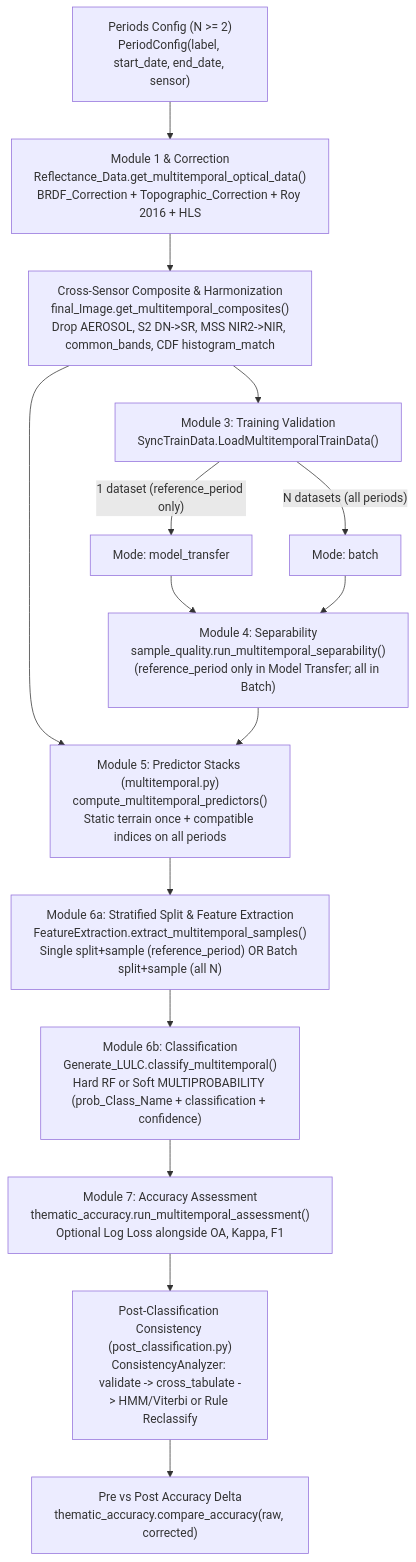
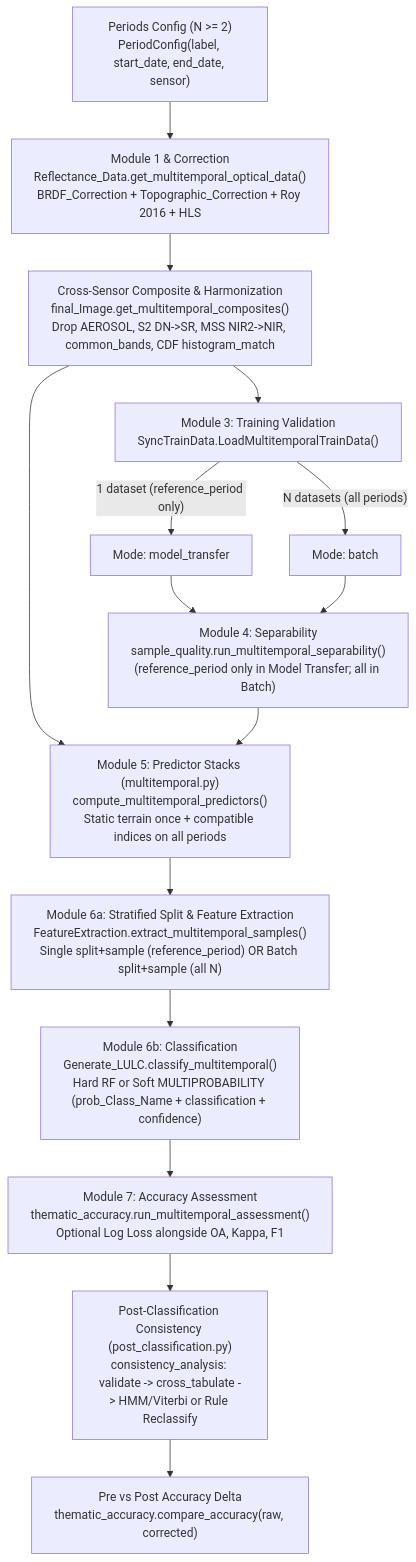
The diagram in docs/MULTITEMPORAL_WORKFLOW.md (epistem-io/luma-stack), drawn with Mermaid before and after one commit. The commit also changed other lines of this file and 1 other file, not shown here.

````diff
--- a/docs/MULTITEMPORAL_WORKFLOW.md
+++ b/docs/MULTITEMPORAL_WORKFLOW.md
@@ -9,21 +9,21 @@
 ```mermaid
 flowchart TD
     A["Periods Config (N >= 2)<br/>PeriodConfig(label, start_date, end_date, sensor)"] --> B["Module 1 & Correction<br/>Reflectance_Data.get_multitemporal_optical_data()<br/>BRDF_Correction + Topographic_Correction + Roy 2016 + HLS"]
     B --> C["Cross-Sensor Composite & Harmonization<br/>final_Image.get_multitemporal_composites()<br/>Drop AEROSOL, S2 DN->SR, MSS NIR2->NIR, common_bands, CDF histogram_match"]
     C --> D["Module 3: Training Validation<br/>SyncTrainData.LoadMultitemporalTrainData()"]
 
     D -->|"1 dataset (reference_period only)"| E1["Mode: model_transfer"]
     D -->|"N datasets (all periods)"| E2["Mode: batch"]
 
     E1 --> F["Module 4: Separability<br/>sample_quality.run_multitemporal_separability()<br/>(reference_period only in Model Transfer; all in Batch)"]
     E2 --> F
 
     C --> G["Module 5: Predictor Stacks (multitemporal.py)<br/>compute_multitemporal_predictors()<br/>Static terrain once + compatible indices on all periods"]
     F --> G
 
     G --> H["Module 6a: Stratified Split & Feature Extraction<br/>FeatureExtraction.extract_multitemporal_samples()<br/>Single split+sample (reference_period) OR Batch split+sample (all N)"]
     H --> I["Module 6b: Classification<br/>Generate_LULC.classify_multitemporal()<br/>Hard RF or Soft MULTIPROBABILITY (prob_Class_Name + classification + confidence)"]
     I --> J["Module 7: Accuracy Assessment<br/>thematic_accuracy.run_multitemporal_assessment()<br/>Optional Log Loss alongside OA, Kappa, F1"]
-    J --> K["Post-Classification Consistency (post_classification.py)<br/>ConsistencyAnalyzer: validate -> cross_tabulate -> HMM/Viterbi or Rule Reclassify"]
+    J --> K["Post-Classification Consistency (post_classification.py)<br/>consistency_analysis: validate -> cross_tabulate -> HMM/Viterbi or Rule Reclassify"]
     K --> L["Pre vs Post Accuracy Delta<br/>thematic_accuracy.compare_accuracy(raw, corrected)"]
 ```
````
